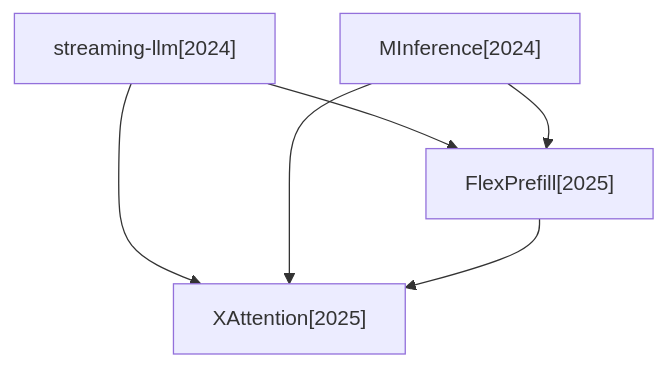
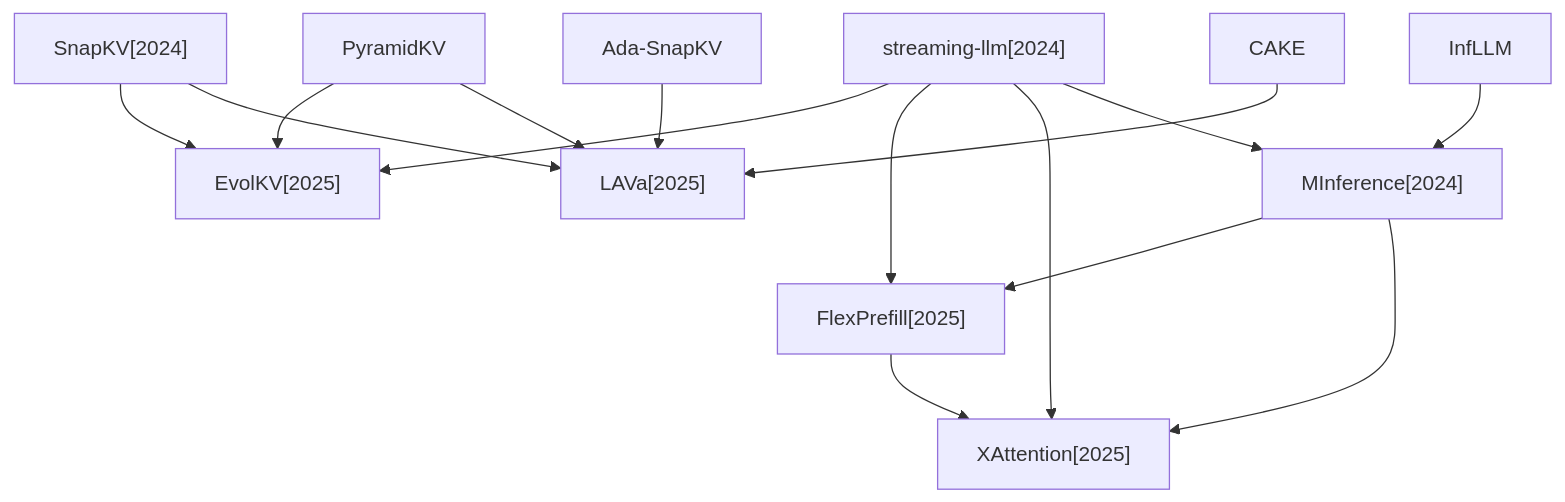
The third of 3 diagrams in docs/baseline_methods_graph.md (hustzxd/EfficientPaper), drawn with Mermaid before and after one commit. The commit also changed 30 other files, not shown here.

````diff
--- a/docs/baseline_methods_graph.md
+++ b/docs/baseline_methods_graph.md
@@ -36,12 +36,28 @@
 ```mermaid
 flowchart TD
+    2025_EvolKV["EvolKV[2025]"]
+    2024_streaming_llm["streaming-llm[2024]"]
+    2024_SnapKV["SnapKV[2024]"]
+    PyramidKV["PyramidKV"]
+    2025_LAVa["LAVa[2025]"]
+    Ada_SnapKV["Ada-SnapKV"]
+    CAKE["CAKE"]
+    2025_FlexPrefill["FlexPrefill[2025]"]
+    2024_MInference["MInference[2024]"]
     2025_XAttention["XAttention[2025]"]
-    2024_streaming_llm["streaming-llm[2024]"]
-    2024_MInference["MInference[2024]"]
-    2025_FlexPrefill["FlexPrefill[2025]"]
+    InfLLM["InfLLM"]
+    2024_streaming_llm --> 2025_EvolKV
     2024_streaming_llm --> 2025_FlexPrefill
     2024_streaming_llm --> 2025_XAttention
+    2024_streaming_llm --> 2024_MInference
+    2024_SnapKV --> 2025_EvolKV
+    2024_SnapKV --> 2025_LAVa
+    PyramidKV --> 2025_EvolKV
+    PyramidKV --> 2025_LAVa
+    Ada_SnapKV --> 2025_LAVa
+    CAKE --> 2025_LAVa
+    2025_FlexPrefill --> 2025_XAttention
     2024_MInference --> 2025_FlexPrefill
     2024_MInference --> 2025_XAttention
-    2025_FlexPrefill --> 2025_XAttention
+    InfLLM --> 2024_MInference
 ```
````
